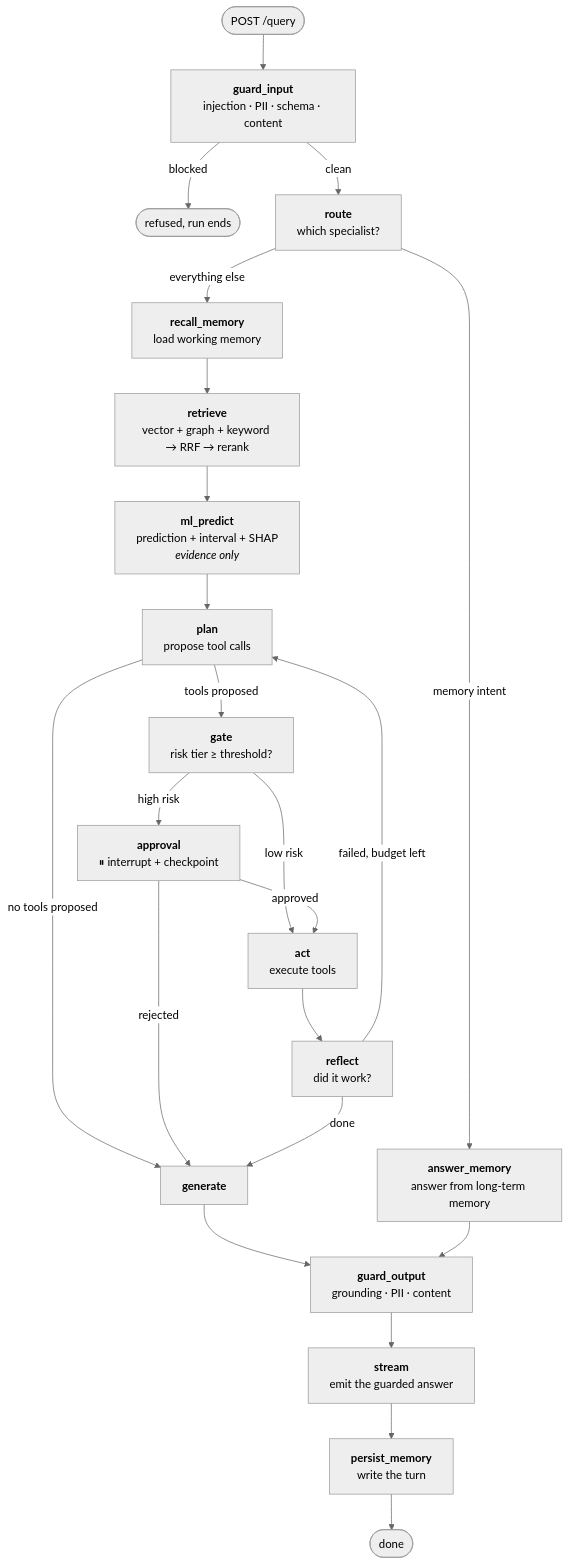
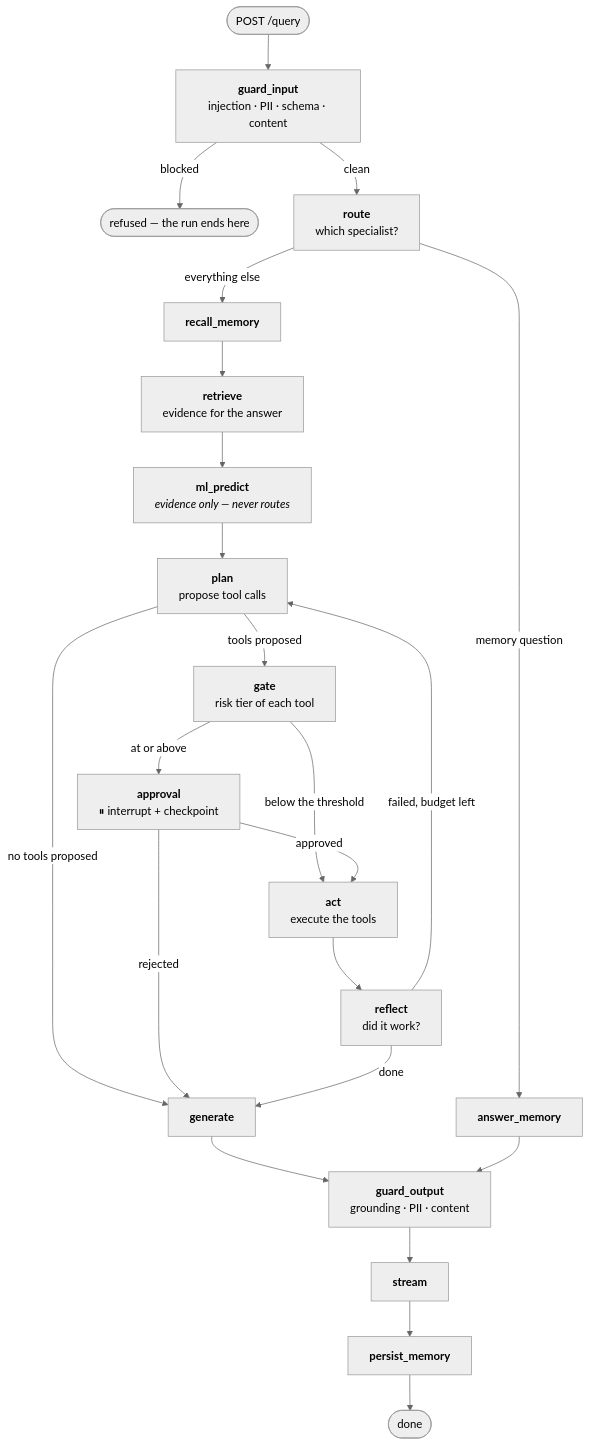
The second of 5 diagrams in docs/teaching/00-foundations/40-diagrams.md (yrevash/aegis), drawn with Mermaid (neutral theme) before and after one commit. The commit also changed other lines of this file and 111 other files, not shown here.

````diff
--- a/docs/teaching/00-foundations/40-diagrams.md
+++ b/docs/teaching/00-foundations/40-diagrams.md
@@ -39,32 +43,32 @@
 ```mermaid
 flowchart TB
     START([POST /query]) --> GI["<b>guard_input</b><br/>injection · PII · schema · content"]
-    GI -->|blocked| END1([refused, run ends])
+    GI -->|blocked| END1([refused — the run ends here])
     GI -->|clean| RT["<b>route</b><br/>which specialist?"]
 
-    RT -->|memory intent| AM["<b>answer_memory</b><br/>answer from long-term memory"]
-    RT -->|everything else| RM["<b>recall_memory</b><br/>load working memory"]
+    RT -->|memory question| AM["<b>answer_memory</b>"]
+    RT -->|everything else| RM["<b>recall_memory</b>"]
 
-    RM --> RE["<b>retrieve</b><br/>vector + graph + keyword → RRF → rerank"]
-    RE --> ML["<b>ml_predict</b><br/>prediction + interval + SHAP<br/><i>evidence only</i>"]
+    RM --> RE["<b>retrieve</b><br/>evidence for the answer"]
+    RE --> ML["<b>ml_predict</b><br/><i>evidence only — never routes</i>"]
     ML --> PL["<b>plan</b><br/>propose tool calls"]
 
     PL -->|no tools proposed| GEN["<b>generate</b>"]
-    PL -->|tools proposed| GA["<b>gate</b><br/>risk tier ≥ threshold?"]
+    PL -->|tools proposed| GA["<b>gate</b><br/>risk tier of each tool"]
 
-    GA -->|low risk| ACT["<b>act</b><br/>execute tools"]
-    GA -->|high risk| AP["<b>approval</b><br/>⏸ interrupt + checkpoint"]
+    GA -->|below the threshold| ACT["<b>act</b><br/>execute the tools"]
+    GA -->|at or above| AP["<b>approval</b><br/>⏸ interrupt + checkpoint"]
 
     AP -->|approved| ACT
     AP -->|rejected| GEN
 
     ACT --> RF["<b>reflect</b><br/>did it work?"]
-    RF -->|failed, budget left| PL
+    RF -->|"failed, budget left"| PL
     RF -->|done| GEN
 
     GEN --> GO["<b>guard_output</b><br/>grounding · PII · content"]
     AM --> GO
-    GO --> ST["<b>stream</b><br/>emit the guarded answer"]
-    ST --> PM["<b>persist_memory</b><br/>write the turn"]
+    GO --> ST["<b>stream</b>"]
+    ST --> PM["<b>persist_memory</b>"]
     PM --> END2([done])
 ```
````
